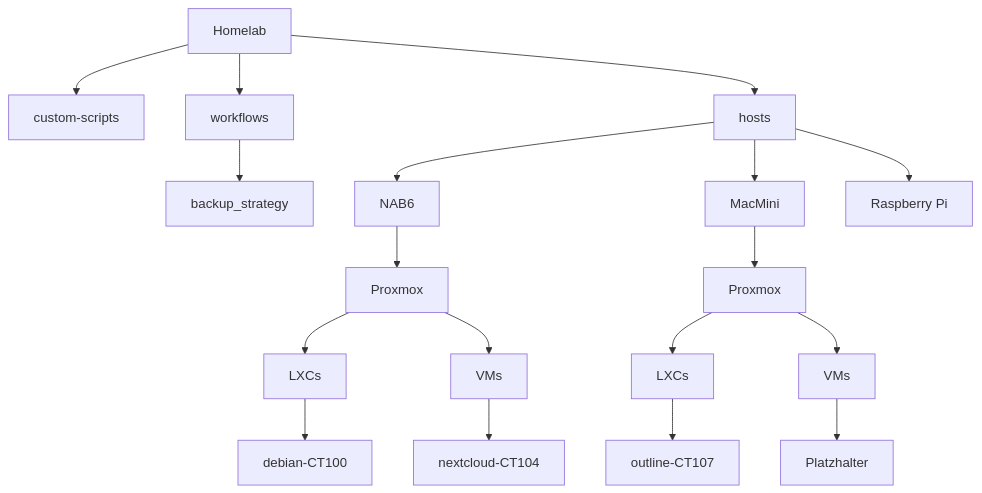
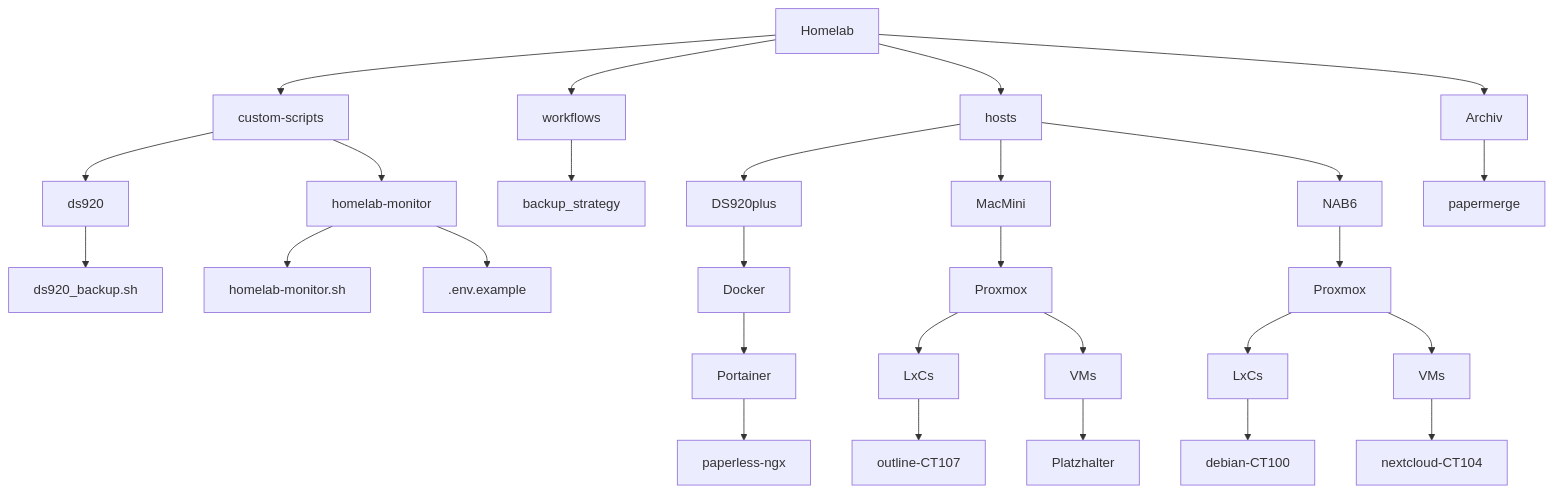
Before and after one commit to GSB-Deleven/HomeLab: the diagram in README.md, drawn with Mermaid.

````diff
--- a/README.md
+++ b/README.md
@@ -8,23 +8,35 @@
 ```mermaid
 graph TB
     A[Homelab] --> B[custom-scripts]
+    B --> B1[ds920]
+    B1 --> B1a[ds920_backup.sh]
+    B --> B2[homelab-monitor]
+    B2 --> B2a[homelab-monitor.sh]
+    B2 --> B2b[.env.example]
+
     A --> C[workflows]
     C --> C1[backup_strategy]
+
     A --> D[hosts]
-
-    D --> D1[NAB6]
-    D1 --> D1x[Proxmox]
-    D1x --> D1a[LXCs]
-    D1a --> D1a1[debian-CT100]
-    D1x --> D1b[VMs]
-    D1b --> D1b1[nextcloud-CT104]
+    D --> D1[DS920plus]
+    D1 --> D1a[Docker]
+    D1a --> D1b[Portainer]
+    D1b --> D1c[paperless-ngx]
 
     D --> D2[MacMini]
-    D2 --> D2x[Proxmox]
-    D2x --> D2a[LXCs]
-    D2a --> D2a1[outline-CT107]
-    D2x --> D2b[VMs]
-    D2b --> D2b1[Platzhalter]
+    D2 --> D2a[Proxmox]
+    D2a --> D2a1[LxCs]
+    D2a1 --> D2a1a[outline-CT107]
+    D2a --> D2a2[VMs]
+    D2a2 --> D2a2a[Platzhalter]
 
-    D --> D3[Raspberry Pi]
+    D --> D3[NAB6]
+    D3 --> D3a[Proxmox]
+    D3a --> D3a1[LxCs]
+    D3a1 --> D3a1a[debian-CT100]
+    D3a --> D3a2[VMs]
+    D3a2 --> D3a2a[nextcloud-CT104]
+
+    A --> E[Archiv]
+    E --> E1[papermerge]
 ```
````
